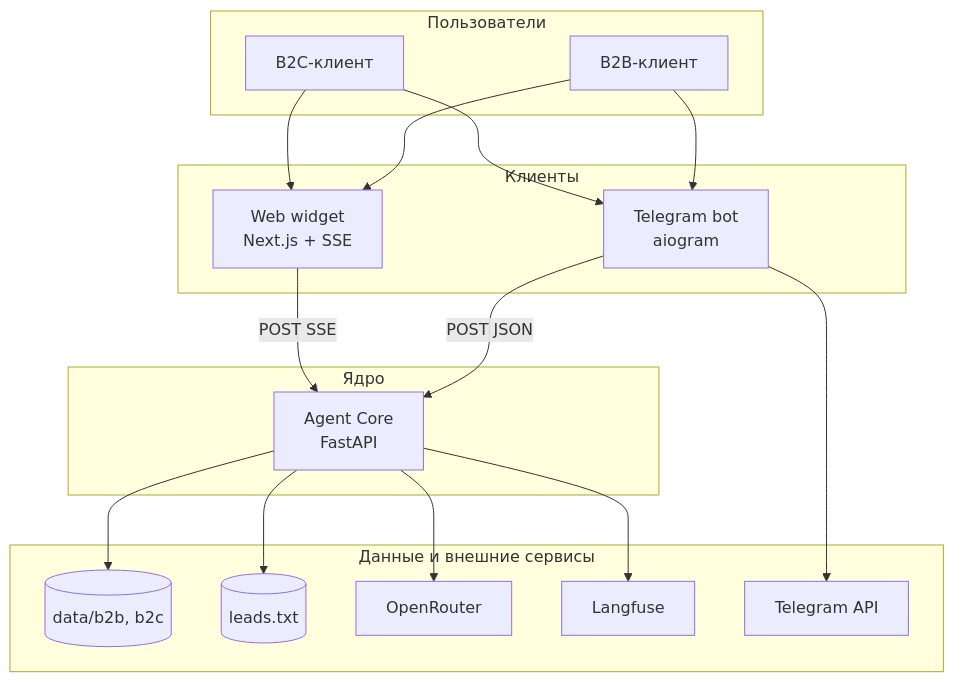
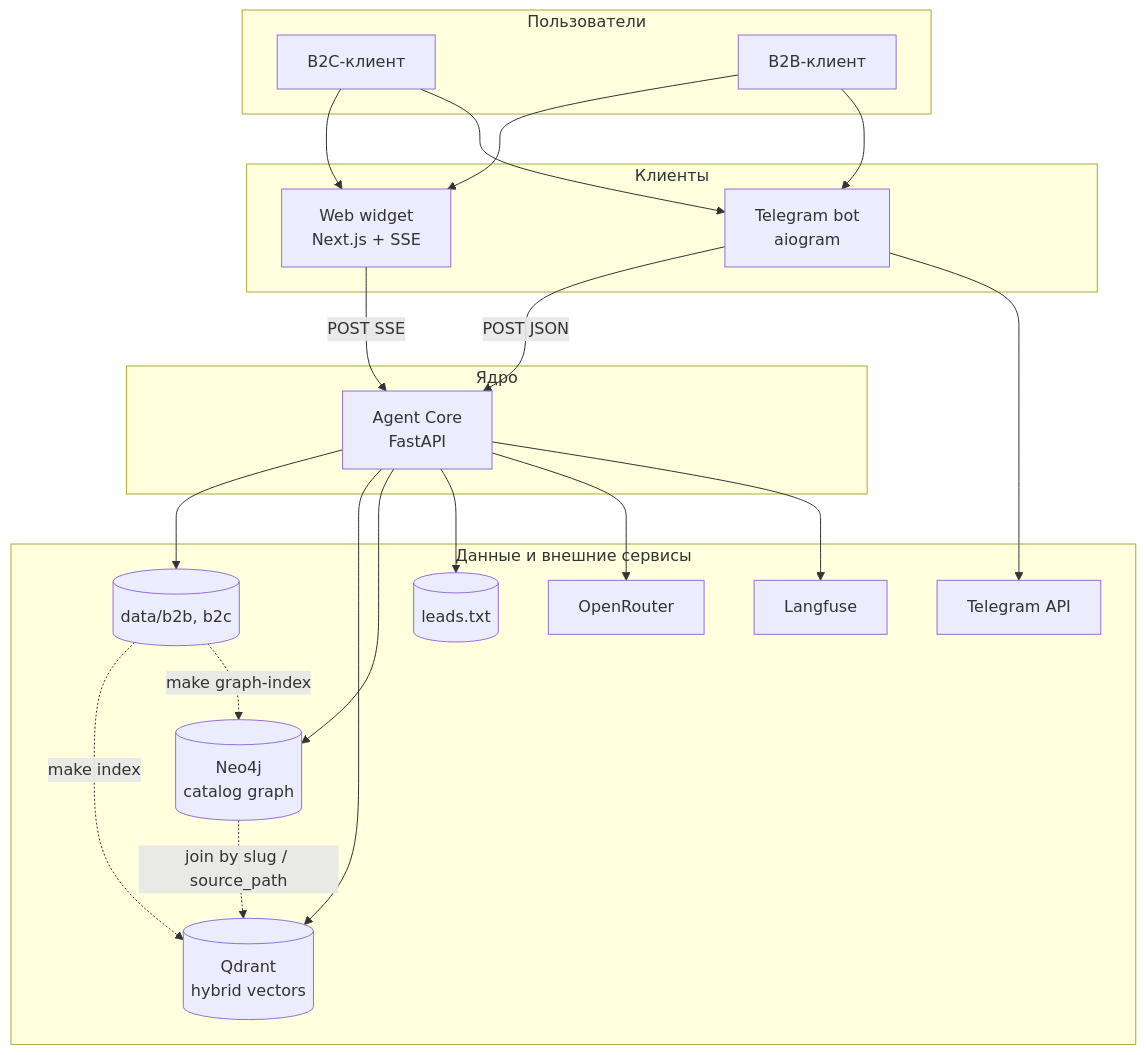
One commit to apfisenko/Deep-Agents-Live changed the first of 8 diagrams in Docs/concept/architecture.md. Above: the diagram before and after it, drawn with Mermaid. The commit also changed other lines of this file and 96 other files, not shown here.

````diff
--- a/Docs/concept/architecture.md
+++ b/Docs/concept/architecture.md
@@ -12,38 +12,46 @@
 ```mermaid
 flowchart TB
     subgraph users["Пользователи"]
         U1["B2C-клиент"]
         U2["B2B-клиент"]
     end
 
     subgraph clients["Клиенты"]
         WEB["Web widget<br/>Next.js + SSE"]
         TG["Telegram bot<br/>aiogram"]
     end
 
     subgraph core["Ядро"]
         API["Agent Core<br/>FastAPI"]
     end
 
     subgraph data["Данные и внешние сервисы"]
         KB[("data/b2b, b2c")]
+        QD[("Qdrant<br/>hybrid vectors")]
+        N4J[("Neo4j<br/>catalog graph")]
         LEADS[("leads.txt")]
         LLM["OpenRouter"]
         LF["Langfuse"]
         TGA["Telegram API"]
     end
 
     U1 --> WEB
     U1 --> TG
     U2 --> WEB
     U2 --> TG
 
     WEB -->|"POST SSE"| API
     TG -->|"POST JSON"| API
     TG --> TGA
 
     API --> KB
+    API --> QD
+    API --> N4J
     API --> LEADS
     API --> LLM
     API --> LF
+
+    KB -.->|"make index"| QD
+    KB -.->|"make graph-index"| N4J
+    N4J -.->|"join by slug / source_path"| QD
 ```
````
